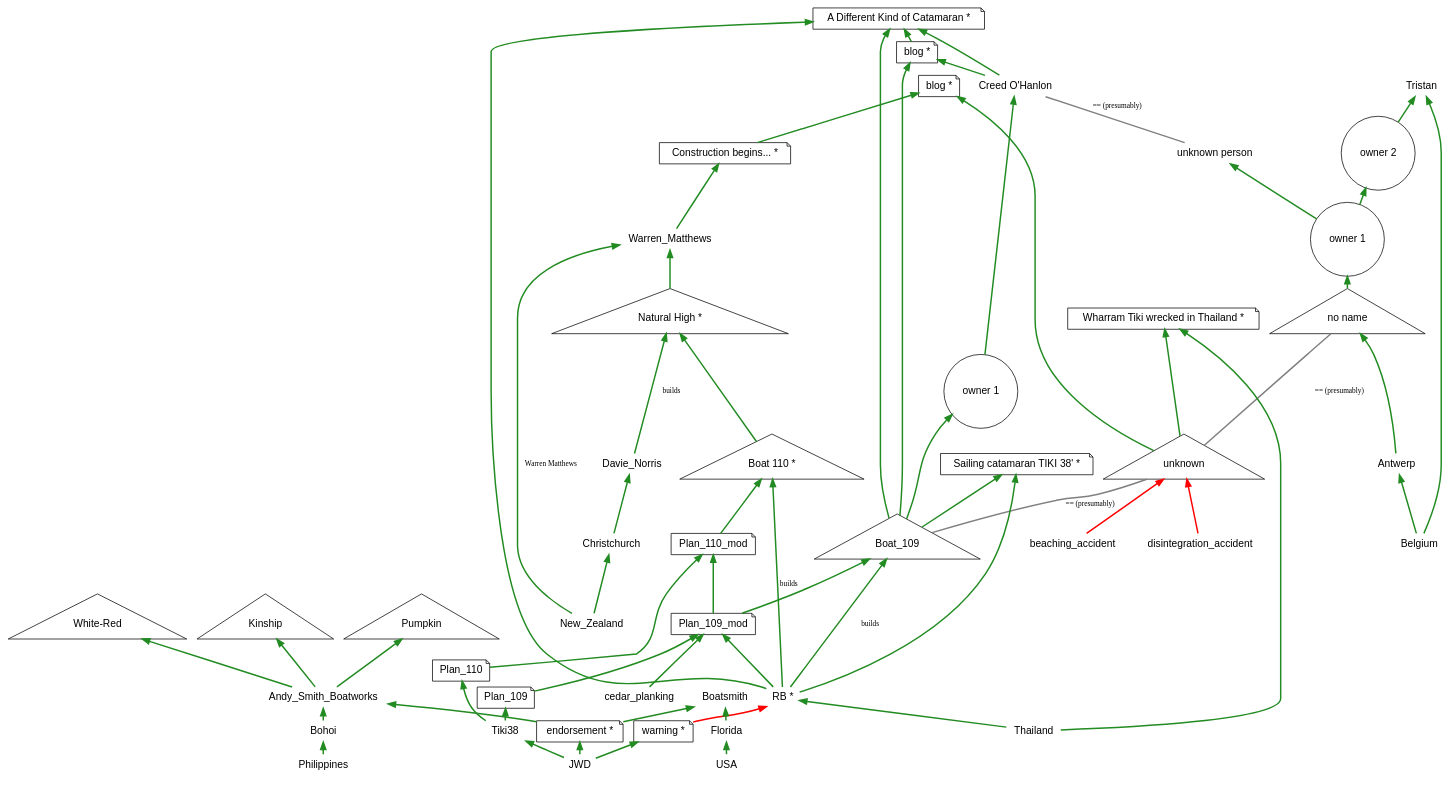
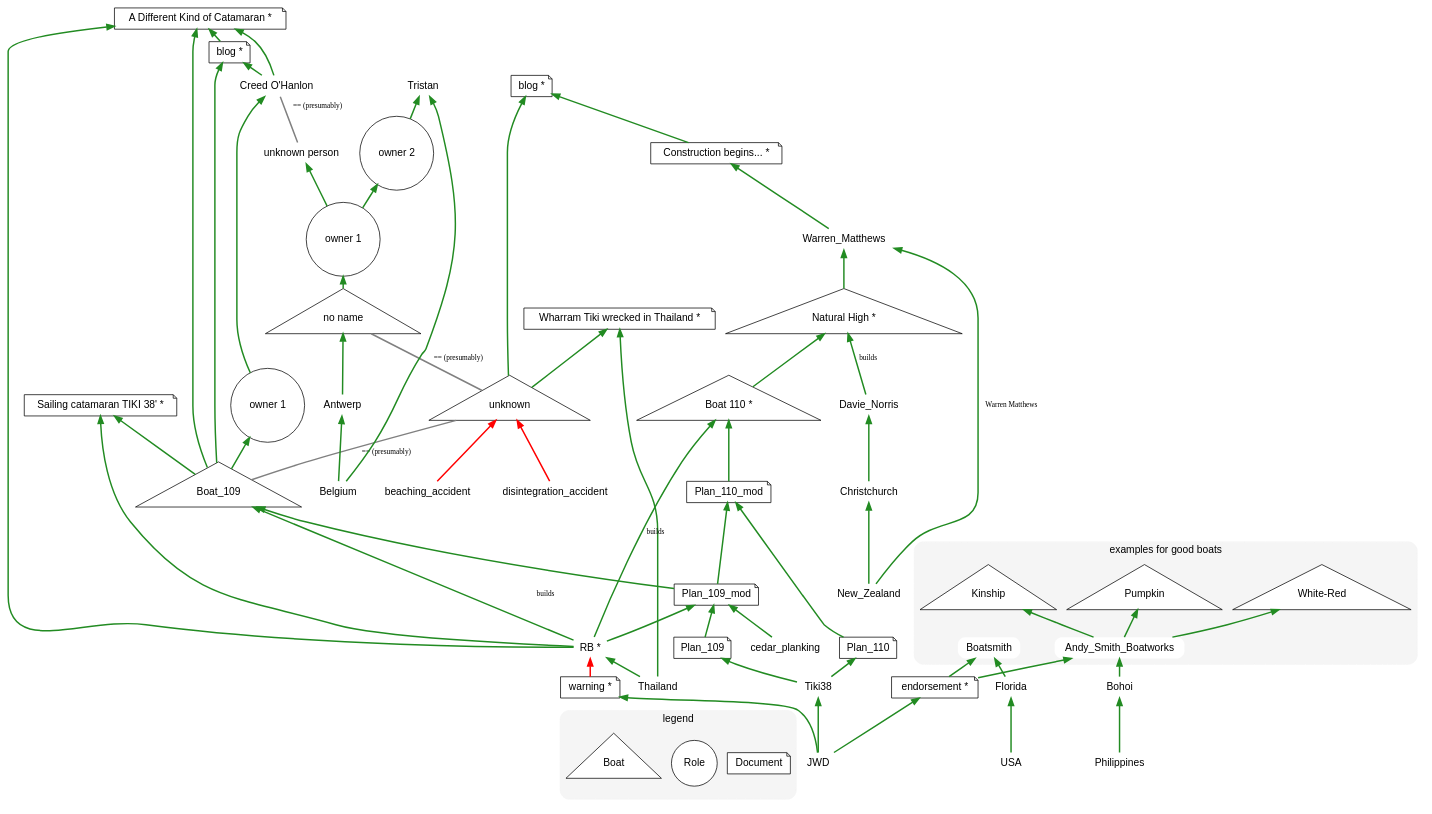
One commit to borango/borango.github.io changed the diagram in Tiki-38/graph.dot. Above: the diagram before and after it, drawn with Graphviz. The commit also changed 10 other files, not shown here.

```diff
--- a/Tiki-38/graph.dot
+++ b/Tiki-38/graph.dot
@@ -1,138 +1,162 @@
-digraph
-{
+#
+# manually coded DOT file
+#
+digraph <Which boat is this Tiki 38 at Antwerp?> {
     graph [
         color=whitesmoke,
         fontname=Helvetica,
         labelloc=b,
         nodesep=0.2,
         rankdir=BT,
         ranksep=0.2,
         remincross=true,
         splines=true,
         style="filled,rounded",
         target=details,
         tooltip=" "
     ];
     node [
         fillcolor=white,
         fontname=Helvetica,
         height=0,
-        id="\N",
+#        id="\N",
         margin=0.1,
         shape=box,
         style="filled,rounded",
         target=details,
         tooltip=" ",
         width=0
     ];
     edge [
         arrowtail=none,
         color=forestgreen,
         dir=both,
         fontsize=10,
-        id="\T___\H",
+#        id="\T___\H",
         penwidth=2,
         target=details
     ];
- 
+
  node [shape=none]
- 
+
 
  {
   node [shape=note]
+  Document ## legend
   Plan_109 -> Plan_109_mod
   {Plan_110 Plan_109_mod} -> Plan_110_mod
   blog_109 [label="blog *" tooltip="STRG+click (open in new tab)" URL="http://web.archive.org/web/20080527060029/http://tiki38.blogspot.com/"]
   blog_110 [label="blog *" tooltip="STRG+click (open in new tab)" URL="http://web.archive.org/web/20131126033402/http://naturalhigh-adventures.com/warren-blog/month/august-2009"]
-  blog_110_begins [label="Construction begins... *" tooltip="STRG+click (open in new tab) - In June 2008 construction of the hulls commenced. Unlike the 'normal' Tiki 38 which is in ply 'Natural High' is being built in cedar strip planking the same as Creed O'Hanlons 'Ahmad Bin Majid'" URL="http://web.archive.org/web/20100604023103/http://naturalhigh-adventures.com/warren-blog/2008/10/30/construction-begins.html"]
+  blog_110_begins [label="Construction begins... *" tooltip="STRG+click (open in new tab) - In June 2008 construction of the hulls commenced. Unlike the 'normal' Tiki 38 which is in ply 'Natural High' is being built in cedar strip planking the same as Creed O'Hanlons 'Ahmad Bin Majid'" URL="http://web.archive.org/web/20100604023103/http://naturalhigh-adventures.com/warren-blog/2008/10/30/construction-begins.html"]
   warning [label="warning *" tooltip="STRG+click (open in new tab)" URL="https://www.wharram.com/news/2009/dodgy-professional-builders"]
   endorsement [label="endorsement *" tooltip="STRG+click (open in new tab) + see bottom of linked page" URL="https://www.wharram.com/professionally-built-boats"]
   post_rb_tiki38 [label="Sailing catamaran TIKI 38' *" tooltip="STRG+click (open in new tab)" URL="http://www.powerandsailing.com/boats-catamarans/catamaran-sailing-tiki-38.html"]
   post_rb_different [label="A Different Kind of Catamaran *" tooltip="STRG+click (open in new tab)" URL="http://raoul-bianchetti.blogspot.com/2009/01/different-kind-of-catamaran.html"]
   post_tiki_wrecked [label="Wharram Tiki wrecked in Thailand *" tooltip="STRG+click (open in new tab)" URL="https://www.boatdesign.net/threads/wharram-tiki-wrecked-in-thailand.29022/"]
  }
 
  cedar_planking -> Plan_109_mod
 
  New_Zealand -> Warren_Matthews [label="Warren Matthews"]
- 
+
  COH [label="Creed O'Hanlon"]
- 
+
  Tristan
 
  {
   node [shape=circle]
+  Role ## legend
   boat_109_owner_1 [label="owner 1"]
   noname_owner_1 [label="owner 1"] 
   noname_owner_2 [label="owner 2"]
  }
- 
- {
-  node [shape=triangle style=""]
+
+  #
+  # Boats
+ {#
+  node [shape=triangle style=filled]
+  Boat ## legend
+
   Boat_109 [tooltip="name is likely: Ahmad Bin Majid"]
   Boat_110 [label="Boat 110 *" tooltip="unfinished version"]
   boat_110_2 [label="Natural High *" tooltip="finished version"]
   Plan_109_mod -> Boat_109 -> boat_109_owner_1 -> COH -> blog_109
   Plan_110_mod -> Boat_110 -> boat_110_2 -> Warren_Matthews -> blog_110_begins -> blog_110
   Kinship
   Pumpkin
   boat_100 [label="White-Red" tooltip="white and red hulls; number 100 on aft sail"]
   unknown_tiki38 [label="unknown"]
   noname_tiki38 [label="no name"]
  }
 
  {Thailand unknown_tiki38} -> post_tiki_wrecked
  
  unknown_tiki38 -> blog_110
 
  noname_tiki38 -> noname_owner_1 -> noname_owner_2 -> Tristan
  
  unknown_noname_owner_1 [label="unknown person"]
  
  noname_owner_1 -> unknown_noname_owner_1
  
  RB [label="RB *" tooltip="STRG+click (open in new tab)" URL="http://www.powerandsailing.com/about-us.html"]
  
  Thailand -> RB -> {Plan_109_mod post_rb_tiki38 post_rb_different}
  
  Boat_109 -> {post_rb_tiki38 post_rb_different}
  
  {blog_109 COH} -> post_rb_different
  
  {
   edge [label=builds]
   RB -> {Boat_109 Boat_110}
   Davie_Norris -> boat_110_2
  }
  
  Boat_109 -> blog_109
 
  JWD ->Tiki38 -> {Plan_109 Plan_110}
  
  JWD -> endorsement -> {Andy_Smith_Boatworks Boatsmith}
  
  JWD -> warning
  
  {
   edge [color=red]
   warning -> RB 
  {beaching_accident disintegration_accident} -> unknown_tiki38
  }
  
  USA -> Florida -> Boatsmith
  
  Philippines -> Bohoi -> Andy_Smith_Boatworks -> {Kinship Pumpkin boat_100}
  
  New_Zealand -> Christchurch -> Davie_Norris
 
  Belgium -> Antwerp -> noname_tiki38
  Belgium -> Tristan
- 
+
  {
   edge [label="== (presumably)" arrowhead=none color=grey]
-  
+
   unknown_noname_owner_1 -> COH
   Boat_109 -> unknown_tiki38 -> noname_tiki38
  }
 
+ subgraph cluster_goodboats
+ {
+  label="examples for good boats"
+  boat_100 Kinship Pumpkin
+  Boatsmith
+  Andy_Smith_Boatworks
+ }
+
+ subgraph cluster_legend
+ {
+  label=legend
+  Boat
+  Document
+  Role
+ }
+
 }
```
